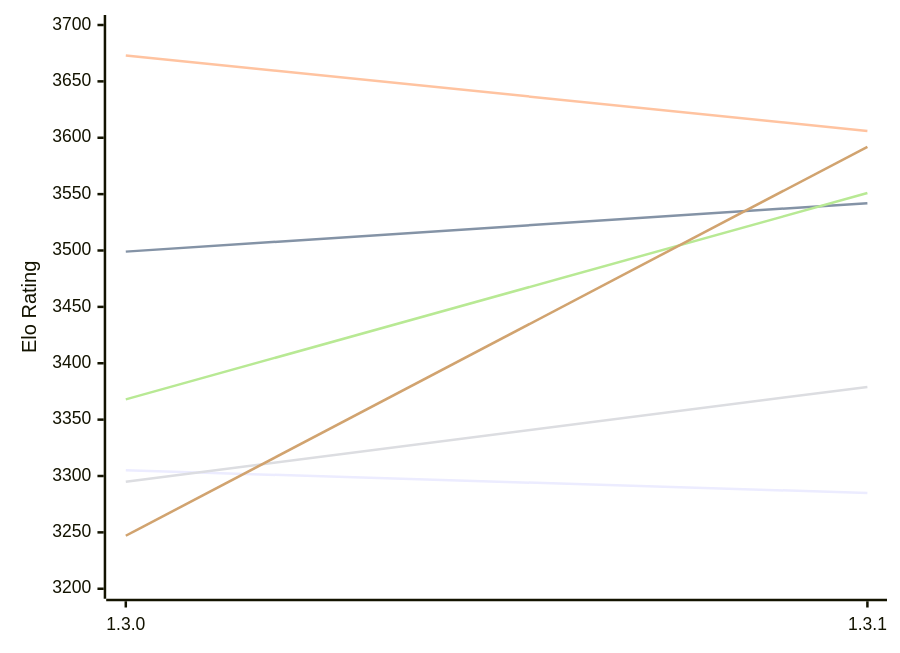
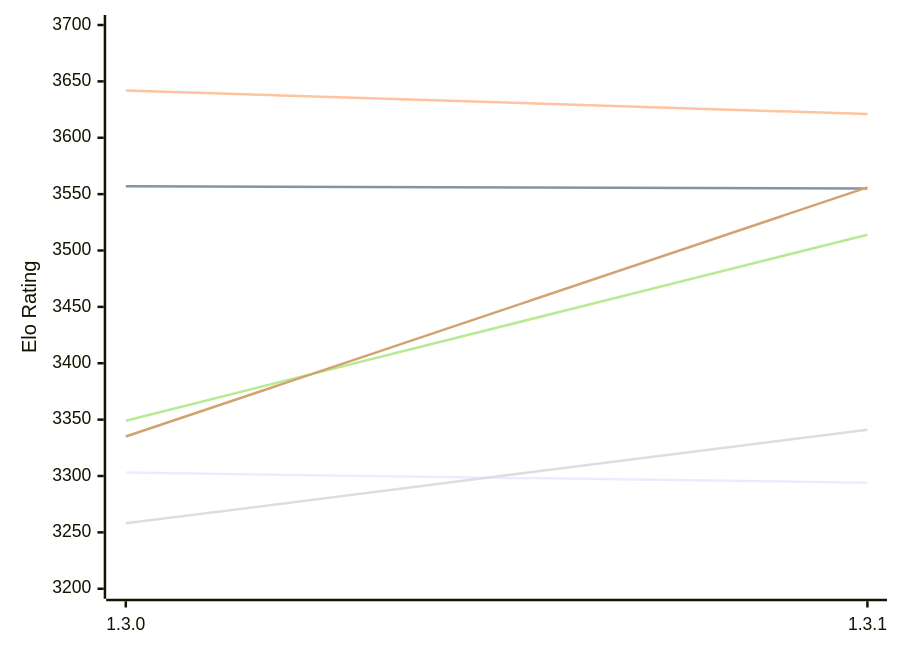
One commit to computer-chess-index/cci changed the first of 2 diagrams in engines/Renegade.md. Above: the diagram before and after it, drawn with Mermaid. The commit also changed other lines of this file, not shown here.

Commit message:
Update CCI Ratings (ELO VLTC) - 2026-11-14

````diff
--- a/engines/Renegade.md
+++ b/engines/Renegade.md
@@ -50,12 +50,12 @@
 ```mermaid
 %%{init: {"theme":"base","themeVariables":{"seriesColors:['#a3a3a3','#222221','#faa371']}}}%%
 xychart-beta
   x-axis ["1.3.0", "1.3.1"]
   y-axis "Elo Rating" 3200 --> 3700
-  line "E1: STC (8.0+0.08s)" [3305, 3285]
-  line "E1: LTC (60.0+0.60s)" [3499, 3542]
-  line "E1: VLTC (2m24s+1.12s)" [3673, 3606]
-  line "P1: STC (8.0+0.08s)" [3295, 3379]
-  line "P1: LTC (60.0+0.60s)" [3368, 3551]
-  line "P1: VLTC (2m24s+1.12s)" [3247, 3592]
+  line "E1: STC (8.0+0.08s)" [3303, 3294]
+  line "E1: LTC (60.0+0.60s)" [3557, 3555]
+  line "E1: VLTC (2m24s+1.12s)" [3642, 3621]
+  line "P1: STC (8.0+0.08s)" [3258, 3341]
+  line "P1: LTC (60.0+0.60s)" [3349, 3514]
+  line "P1: VLTC (2m24s+1.12s)" [3335, 3556]
 ```
````
